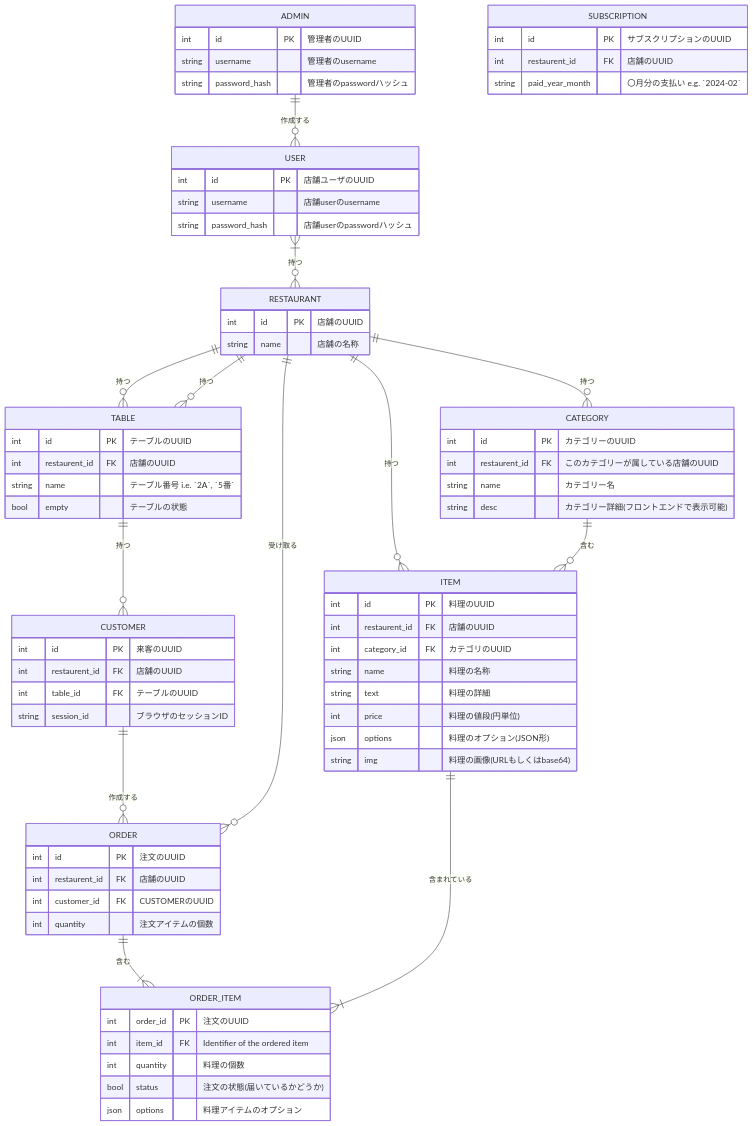
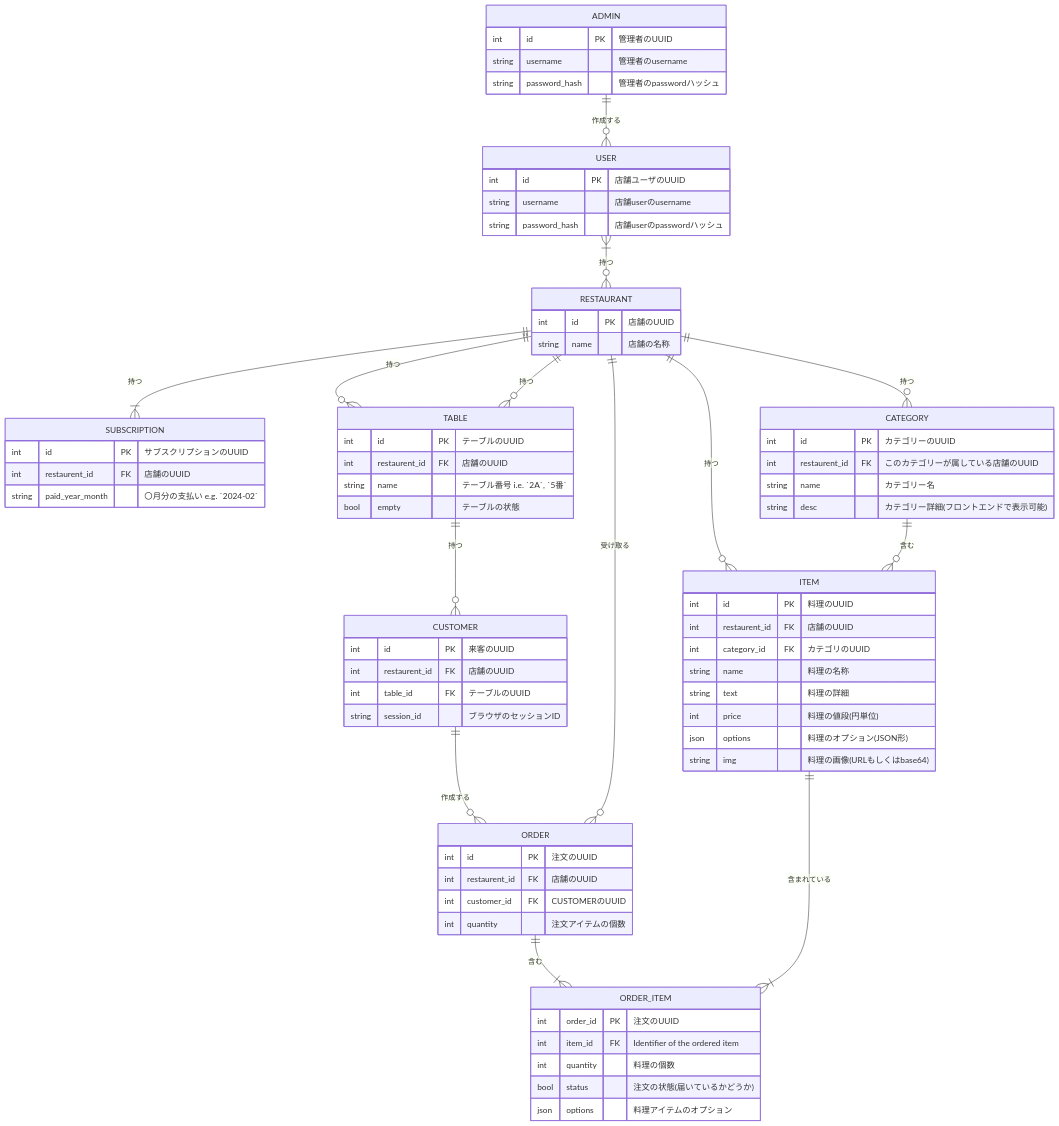
One commit to Sardonyx001/qr-order changed the diagram in backend/docs/ER_DIAGRAM.md. Above: the diagram before and after it, drawn with Mermaid.

Commit message:
refactor: RESTAURANTテーブルとSUBSCRIPTIONテーブルの間の関係の追加

```diff
--- a/backend/docs/ER_DIAGRAM.md
+++ b/backend/docs/ER_DIAGRAM.md
@@ -81,6 +81,7 @@
     RESTAURANT ||--o{ ITEM : "持つ"
     RESTAURANT ||--o{ TABLE : "持つ"
     RESTAURANT ||--o{ CATEGORY : "持つ"
+    RESTAURANT ||--|{ SUBSCRIPTION : "持つ"
     ORDER ||--|{ ORDER_ITEM : "含む"
     CATEGORY ||--o{ ITEM : "含む"
     ITEM ||--|{ ORDER_ITEM : "含まれている"
```
